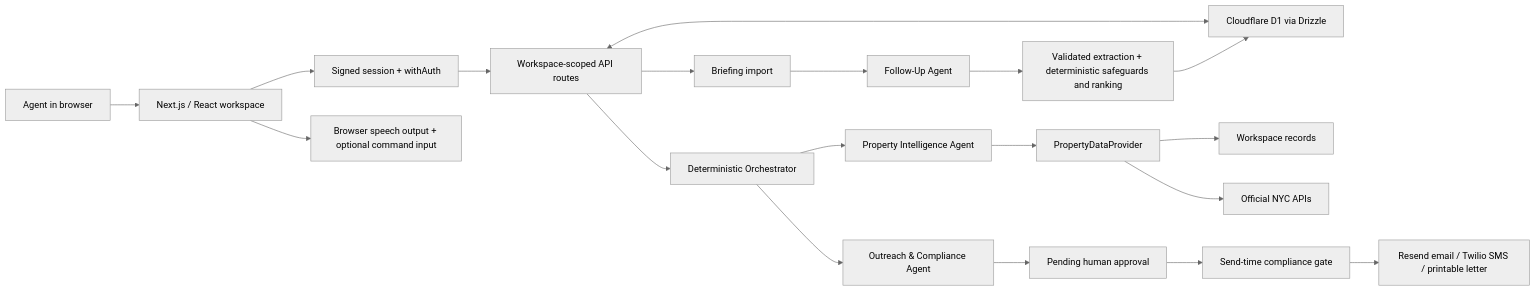
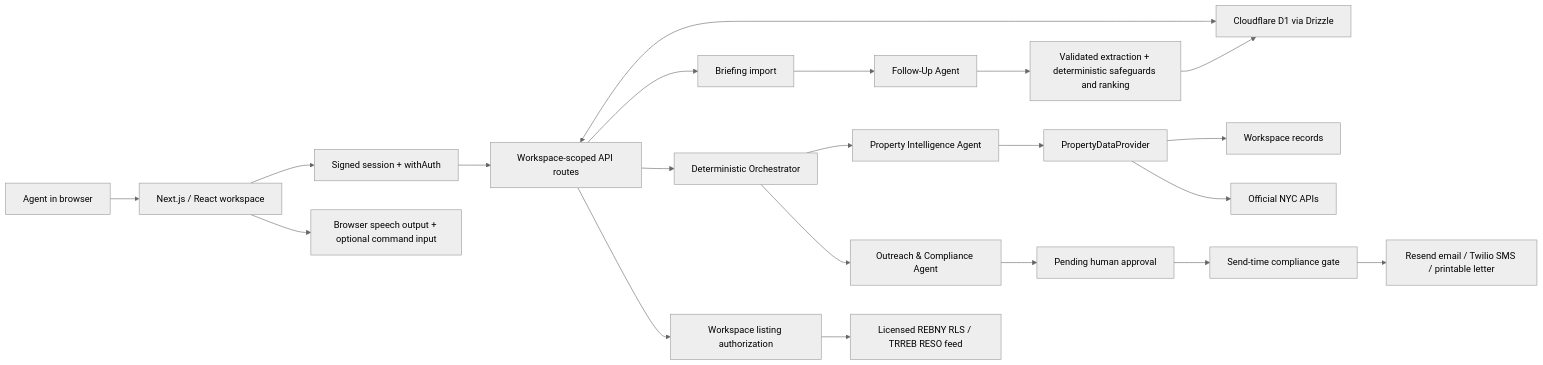
The first of 2 diagrams in docs/PROJECT_MEMORY.md (MITRAKER/PROPERTY-OS), drawn with Mermaid (neutral theme) before and after one commit. The commit also changed other lines of this file and 19 other files, not shown here.

Commit message:
feat: add licensed listing access and close audit gaps

````diff
--- a/docs/PROJECT_MEMORY.md
+++ b/docs/PROJECT_MEMORY.md
@@ -121,24 +122,27 @@
 ```mermaid
 flowchart LR
     U["Agent in browser"] --> UI["Next.js / React workspace"]
     UI --> AUTH["Signed session + withAuth"]
     AUTH --> API["Workspace-scoped API routes"]
     API <--> D1["Cloudflare D1 via Drizzle"]
 
     API --> B["Briefing import"]
     B --> F["Follow-Up Agent"]
     F --> RULES["Validated extraction + deterministic safeguards and ranking"]
     RULES --> D1
 
     API --> O["Deterministic Orchestrator"]
     O --> PI["Property Intelligence Agent"]
     O --> OC["Outreach & Compliance Agent"]
     PI --> DP["PropertyDataProvider"]
     DP --> WS["Workspace records"]
     DP --> NYC["Official NYC APIs"]
     OC --> AP["Pending human approval"]
     AP --> GATE["Send-time compliance gate"]
     GATE --> SEND["Resend email / Twilio SMS / printable letter"]
 
+    API --> LA["Workspace listing authorization"]
+    LA --> RESO["Licensed REBNY RLS / TRREB RESO feed"]
+
     UI --> VOICE["Browser speech output + optional command input"]
 ```
````
